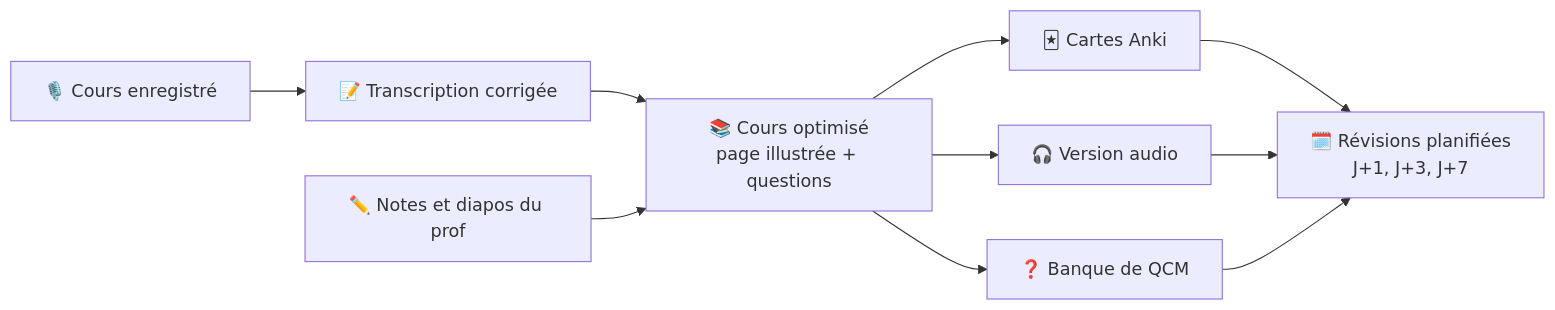
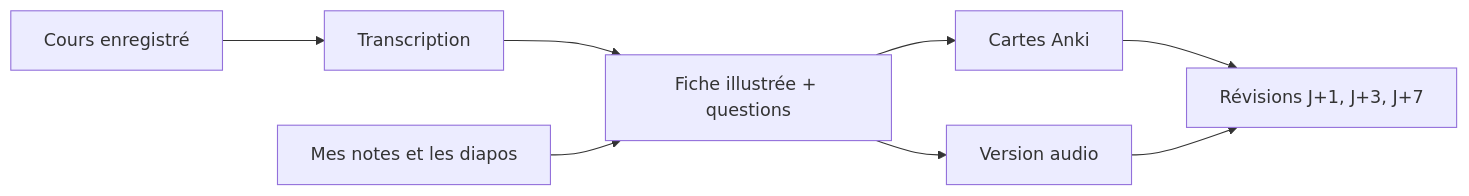
One commit to alxhe3-lab/alxhe3-lab changed the diagram in README.md. Above: the diagram before and after it, drawn with Mermaid. The commit also changed other lines of this file, not shown here.

````diff
--- a/README.md
+++ b/README.md
@@ -14,12 +5,10 @@
 ```mermaid
 flowchart LR
-    A["🎙️ Cours enregistré"] --> B["📝 Transcription corrigée"]
-    B --> C["📚 Cours optimisé<br/>page illustrée + questions"]
-    N["✏️ Notes et diapos du prof"] --> C
-    C --> D["🃏 Cartes Anki"]
-    C --> E["🎧 Version audio"]
-    C --> F["❓ Banque de QCM"]
-    D --> G["🗓️ Révisions planifiées<br/>J+1, J+3, J+7"]
+    A["Cours enregistré"] --> B["Transcription"]
+    B --> C["Fiche illustrée + questions"]
+    N["Mes notes et les diapos"] --> C
+    C --> D["Cartes Anki"]
+    C --> E["Version audio"]
+    D --> G["Révisions J+1, J+3, J+7"]
     E --> G
-    F --> G
 ```
````
